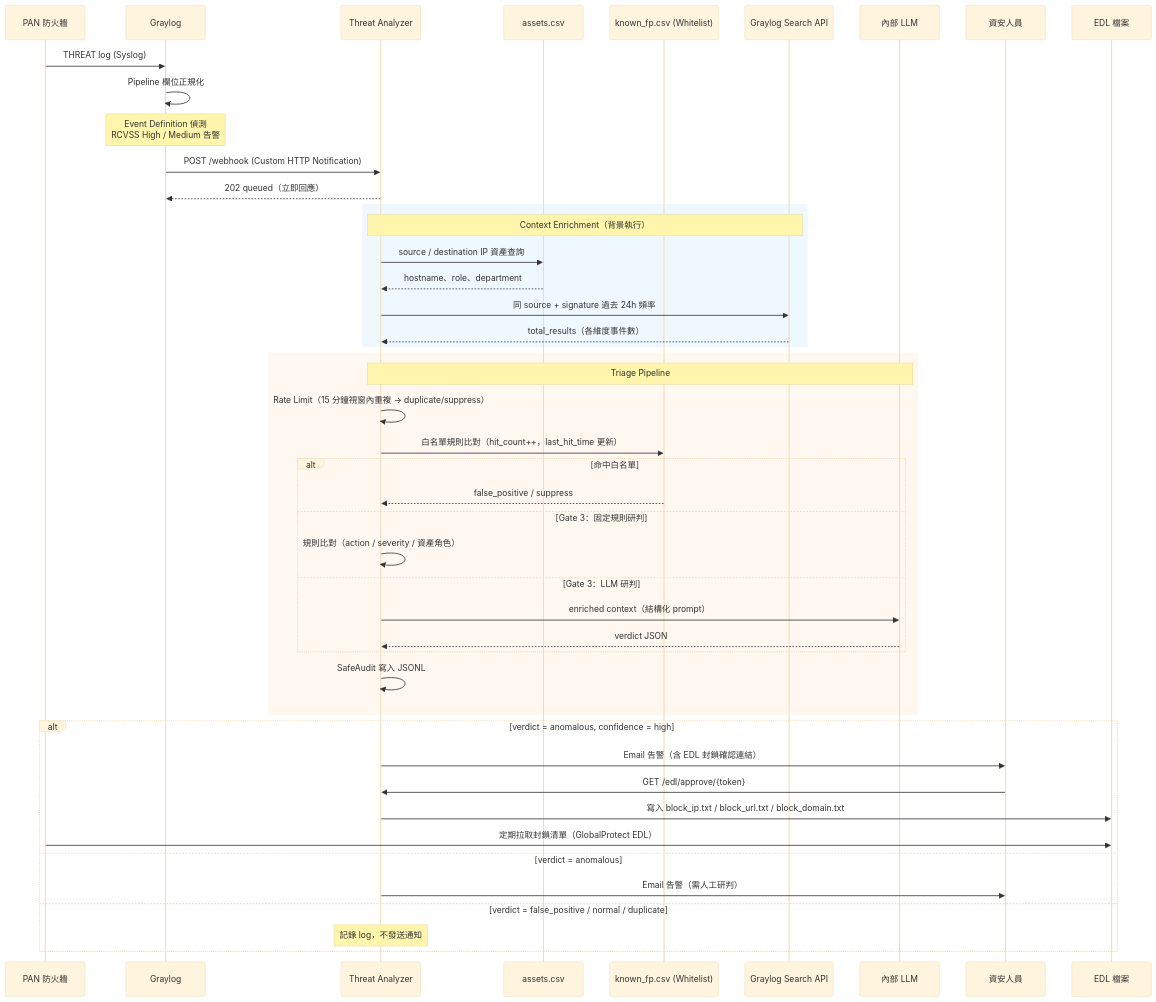
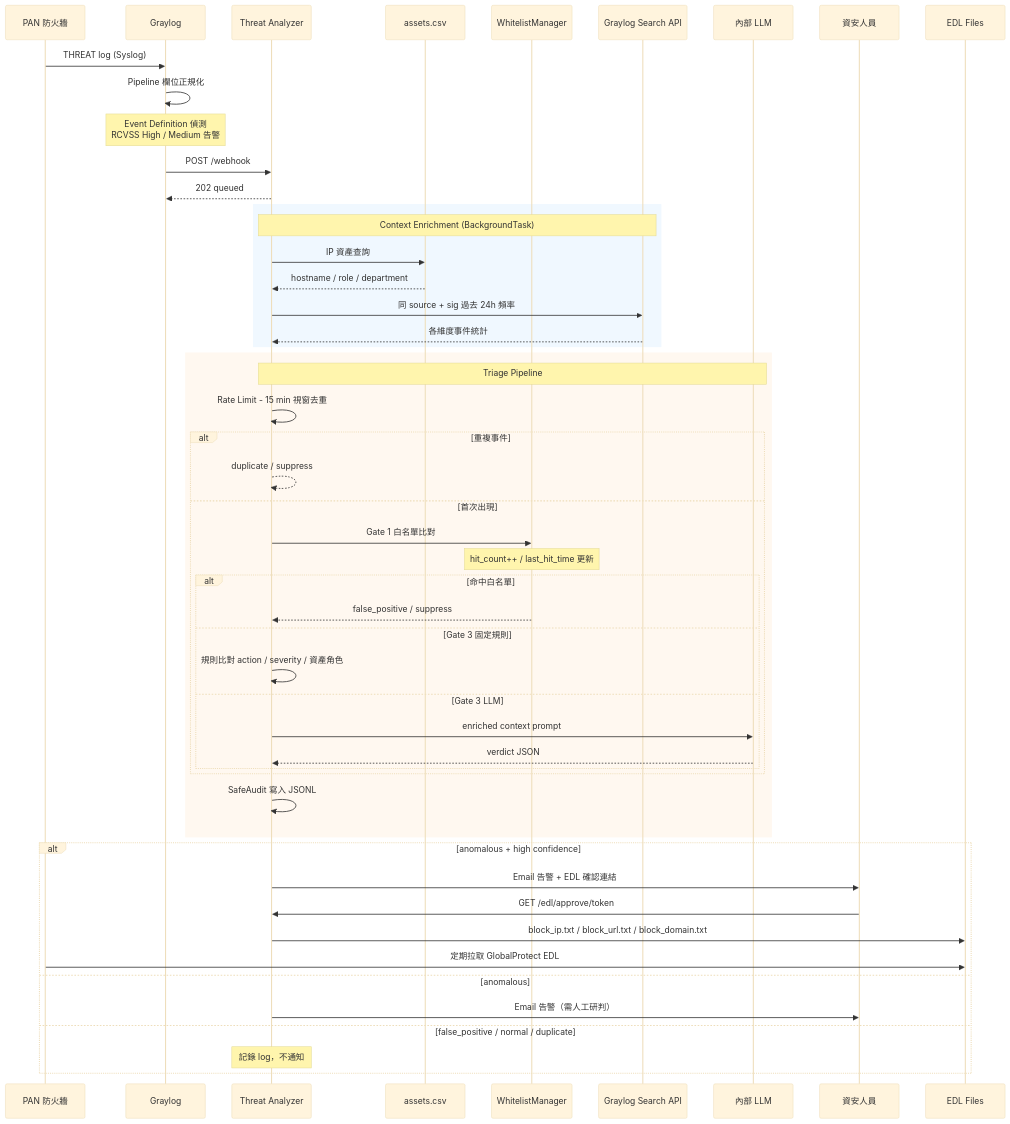
Before and after one commit to subineru/graylog-threat-analyzer: the diagram in README.md, drawn with Mermaid (base theme). The commit also changed 1 other file, not shown here.

Commit message:
docs: fix Mermaid syntax in README, update architecture.md for Phase 2
README: fix participant label quoting, restructure alt/rect nesting
architecture.md: full rewrite to reflect Phase 2 modules, TTL design,
  EDL GlobalProtect format, TriageVerdict with stage field

https://claude.ai/code/session_01EPRMipXhgLvr5wTEWnCD7t

````diff
--- a/README.md
+++ b/README.md
@@ -21,52 +21,57 @@
 ```mermaid
 sequenceDiagram
     participant PA as PAN 防火牆
     participant GL as Graylog
     participant TA as Threat Analyzer
     participant Assets as assets.csv
-    participant WL as known_fp.csv (Whitelist)
+    participant WL as WhitelistManager
     participant GLAPI as Graylog Search API
     participant LLM as 內部 LLM
     participant Analyst as 資安人員
-    participant EDL as EDL 檔案
+    participant EDL as EDL Files
 
     PA->>GL: THREAT log (Syslog)
     GL->>GL: Pipeline 欄位正規化
     Note over GL: Event Definition 偵測<br/>RCVSS High / Medium 告警
-    GL->>TA: POST /webhook (Custom HTTP Notification)
-    TA-->>GL: 202 queued（立即回應）
+    GL->>TA: POST /webhook
+    TA-->>GL: 202 queued
 
     rect rgb(240, 248, 255)
-        Note over TA,GLAPI: Context Enrichment（背景執行）
-        TA->>Assets: source / destination IP 資產查詢
-        Assets-->>TA: hostname、role、department
-        TA->>GLAPI: 同 source + signature 過去 24h 頻率
-        GLAPI-->>TA: total_results（各維度事件數）
+        Note over TA,GLAPI: Context Enrichment (BackgroundTask)
+        TA->>Assets: IP 資產查詢
+        Assets-->>TA: hostname / role / department
+        TA->>GLAPI: 同 source + sig 過去 24h 頻率
+        GLAPI-->>TA: 各維度事件統計
     end
 
     rect rgb(255, 248, 240)
         Note over TA,LLM: Triage Pipeline
-        TA->>TA: Rate Limit（15 分鐘視窗內重複 → duplicate/suppress）
-        TA->>WL: 白名單規則比對（hit_count++，last_hit_time 更新）
-        alt 命中白名單
-            WL-->>TA: false_positive / suppress
-        else Gate 3：固定規則研判
-            TA->>TA: 規則比對（action / severity / 資產角色）
-        else Gate 3：LLM 研判
-            TA->>LLM: enriched context（結構化 prompt）
-            LLM-->>TA: verdict JSON
+        TA->>TA: Rate Limit - 15 min 視窗去重
+        alt 重複事件
+            TA-->>TA: duplicate / suppress
+        else 首次出現
+            TA->>WL: Gate 1 白名單比對
+            Note over WL: hit_count++ / last_hit_time 更新
+            alt 命中白名單
+                WL-->>TA: false_positive / suppress
+            else Gate 3 固定規則
+                TA->>TA: 規則比對 action / severity / 資產角色
+            else Gate 3 LLM
+                TA->>LLM: enriched context prompt
+                LLM-->>TA: verdict JSON
+            end
         end
         TA->>TA: SafeAudit 寫入 JSONL
     end
 
-    alt verdict = anomalous, confidence = high
-        TA->>Analyst: Email 告警（含 EDL 封鎖確認連結）
-        Analyst->>TA: GET /edl/approve/{token}
-        TA->>EDL: 寫入 block_ip.txt / block_url.txt / block_domain.txt
-        PA->>EDL: 定期拉取封鎖清單（GlobalProtect EDL）
-    else verdict = anomalous
+    alt anomalous + high confidence
+        TA->>Analyst: Email 告警 + EDL 確認連結
+        Analyst->>TA: GET /edl/approve/token
+        TA->>EDL: block_ip.txt / block_url.txt / block_domain.txt
+        PA->>EDL: 定期拉取 GlobalProtect EDL
+    else anomalous
         TA->>Analyst: Email 告警（需人工研判）
-    else verdict = false_positive / normal / duplicate
-        Note over TA: 記錄 log，不發送通知
+    else false_positive / normal / duplicate
+        Note over TA: 記錄 log，不通知
     end
 ```
````
